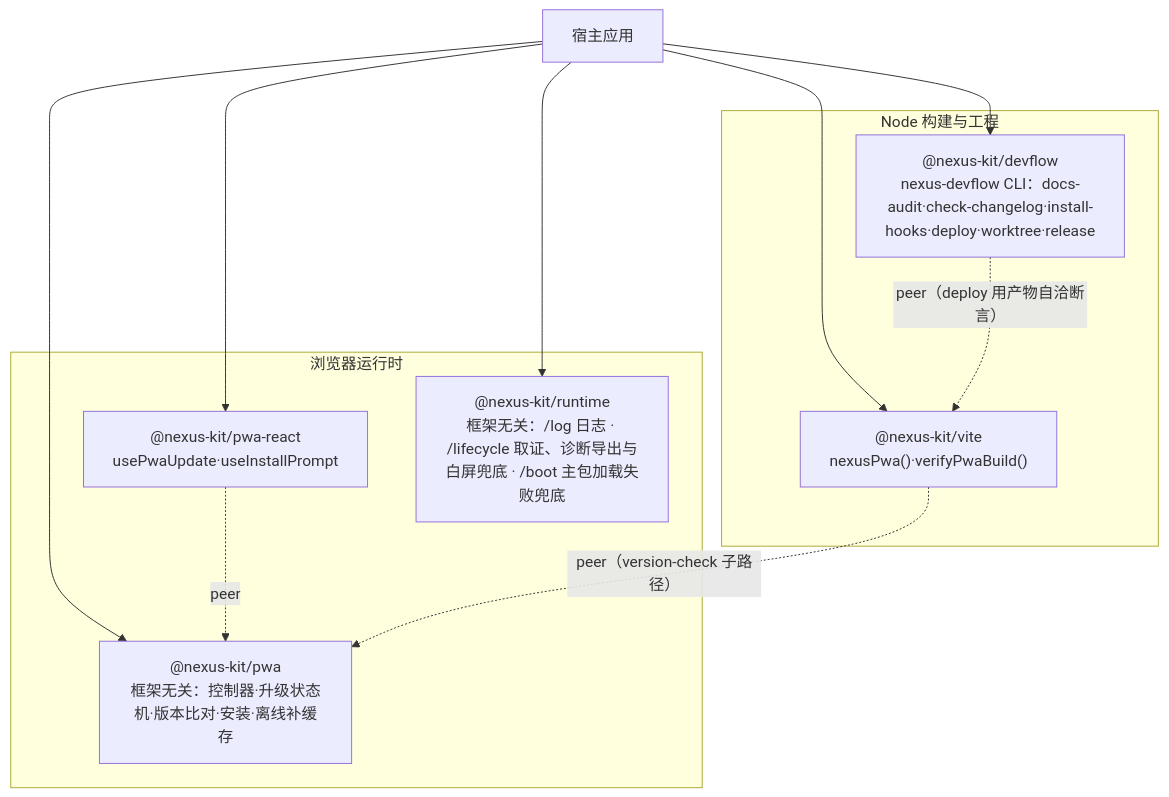
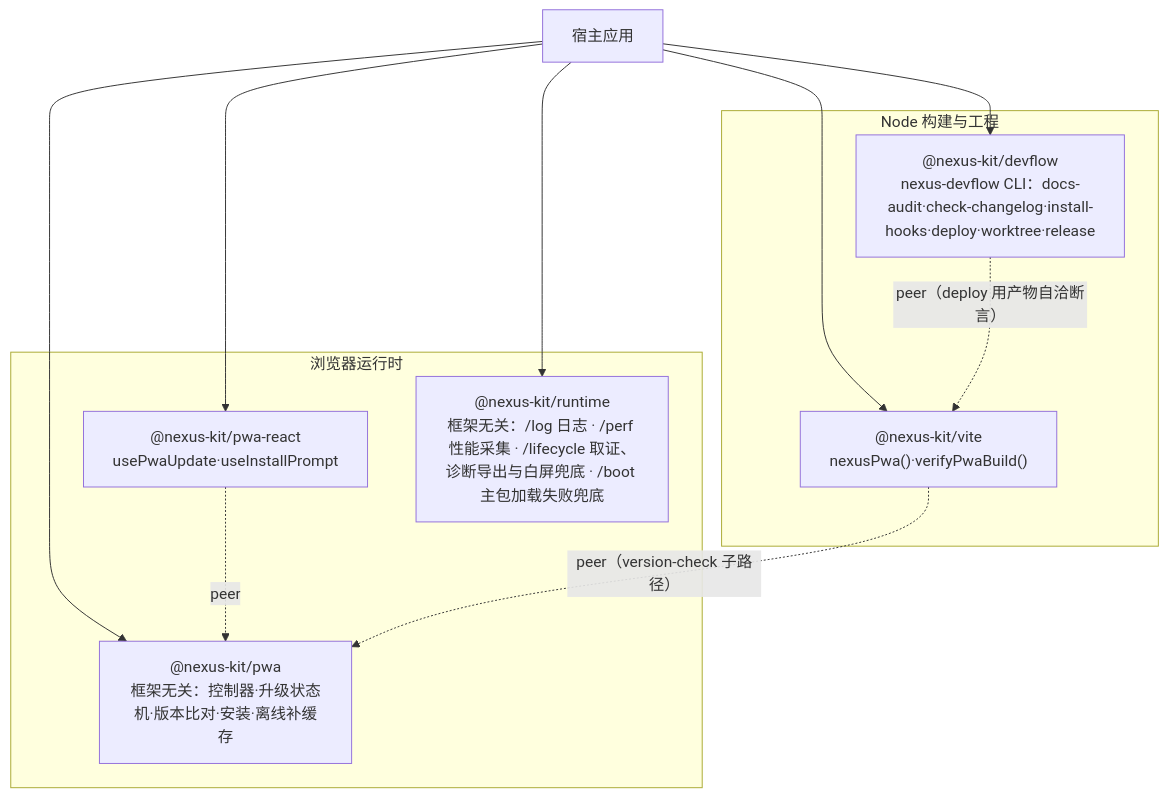
Before and after one commit to iazrael/nexus-kit: the first of 2 diagrams in docs/架构算法/总览.md, drawn with Mermaid. The commit also changed other lines of this file and 39 other files, not shown here.

First line of the commit message:
feat(runtime): 新增 /perf 性能采集——水位长线、启动画像、帧统计、跨会话水位（运行时基础设施第二期）

````diff
--- a/docs/架构算法/总览.md
+++ b/docs/架构算法/总览.md
@@ -7,16 +7,16 @@
 ```mermaid
 flowchart TB
   subgraph 浏览器运行时
     PWA["@nexus-kit/pwa<br/>框架无关：控制器·升级状态机·版本比对·安装·离线补缓存"]
     PR["@nexus-kit/pwa-react<br/>usePwaUpdate·useInstallPrompt"]
-    RT["@nexus-kit/runtime<br/>框架无关：/log 日志 · /lifecycle 取证、诊断导出与白屏兜底 · /boot 主包加载失败兜底"]
+    RT["@nexus-kit/runtime<br/>框架无关：/log 日志 · /perf 性能采集 · /lifecycle 取证、诊断导出与白屏兜底 · /boot 主包加载失败兜底"]
   end
   subgraph Node 构建与工程
     VITE["@nexus-kit/vite<br/>nexusPwa()·verifyPwaBuild()"]
     DF["@nexus-kit/devflow<br/>nexus-devflow CLI：docs-audit·check-changelog·install-hooks·deploy·worktree·release"]
   end
   PR -. peer .-> PWA
   VITE -. "peer（version-check 子路径）" .-> PWA
   DF -. "peer（deploy 用产物自洽断言）" .-> VITE
   APP[宿主应用] --> PWA & PR & RT & VITE & DF
 ```
````
